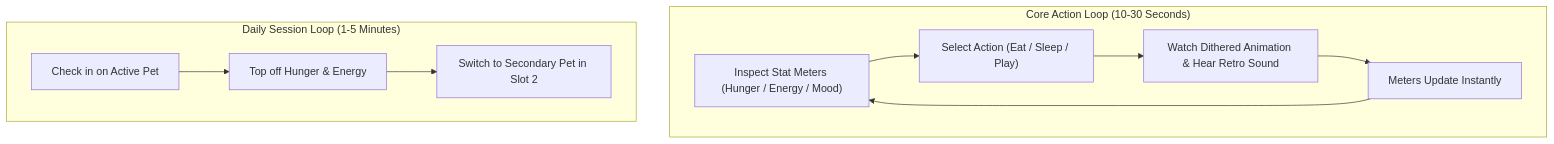
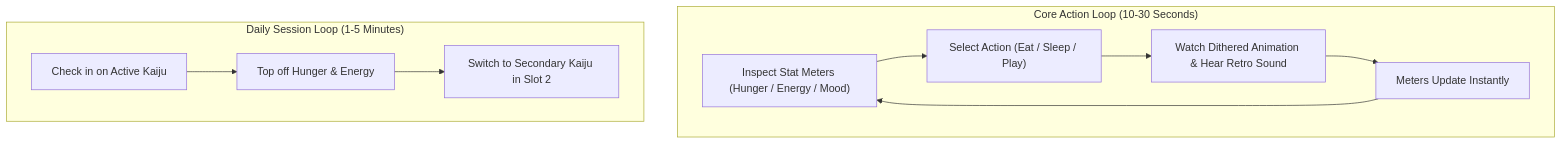
The diagram in Documentation/GameDesign/01-game-design-document.md (TheMrCorvy/HATCH.REF), drawn with Mermaid before and after one commit. The commit also changed other lines of this file and 47 other files, not shown here.

````diff
--- a/Documentation/GameDesign/01-game-design-document.md
+++ b/Documentation/GameDesign/01-game-design-document.md
@@ -21,17 +21,17 @@
 ```mermaid
 flowchart TD
     subgraph MicroLoop["Core Action Loop (10-30 Seconds)"]
         InspectStats["Inspect Stat Meters (Hunger / Energy / Mood)"]
         ChooseAction["Select Action (Eat / Sleep / Play)"]
         WatchAnimation["Watch Dithered Animation & Hear Retro Sound"]
         StatUpdate["Meters Update Instantly"]
         InspectStats --> ChooseAction --> WatchAnimation --> StatUpdate --> InspectStats
     end
 
     subgraph MacroLoop["Daily Session Loop (1-5 Minutes)"]
-        CheckIn["Check in on Active Pet"]
+        CheckIn["Check in on Active Kaiju"]
         MaintainStats["Top off Hunger & Energy"]
-        SwitchCompanion["Switch to Secondary Pet in Slot 2"]
+        SwitchCompanion["Switch to Secondary Kaiju in Slot 2"]
         CheckIn --> MaintainStats --> SwitchCompanion
     end
 ```
````
